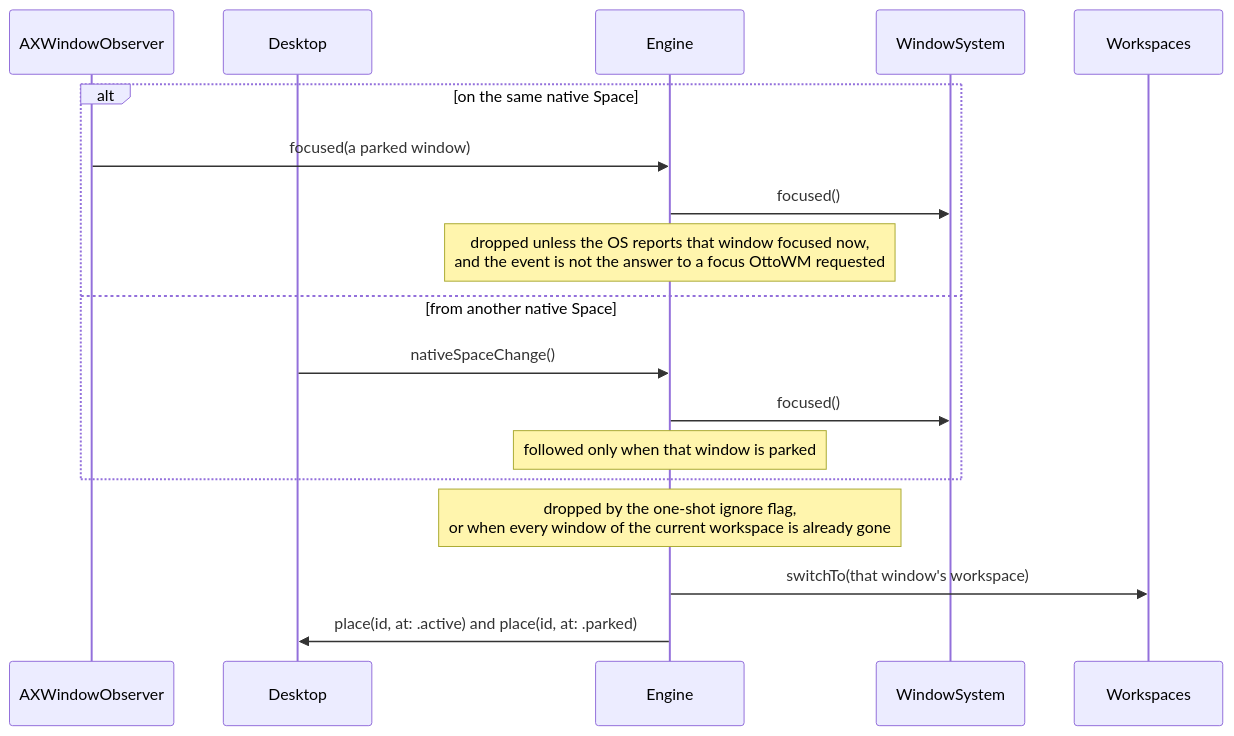
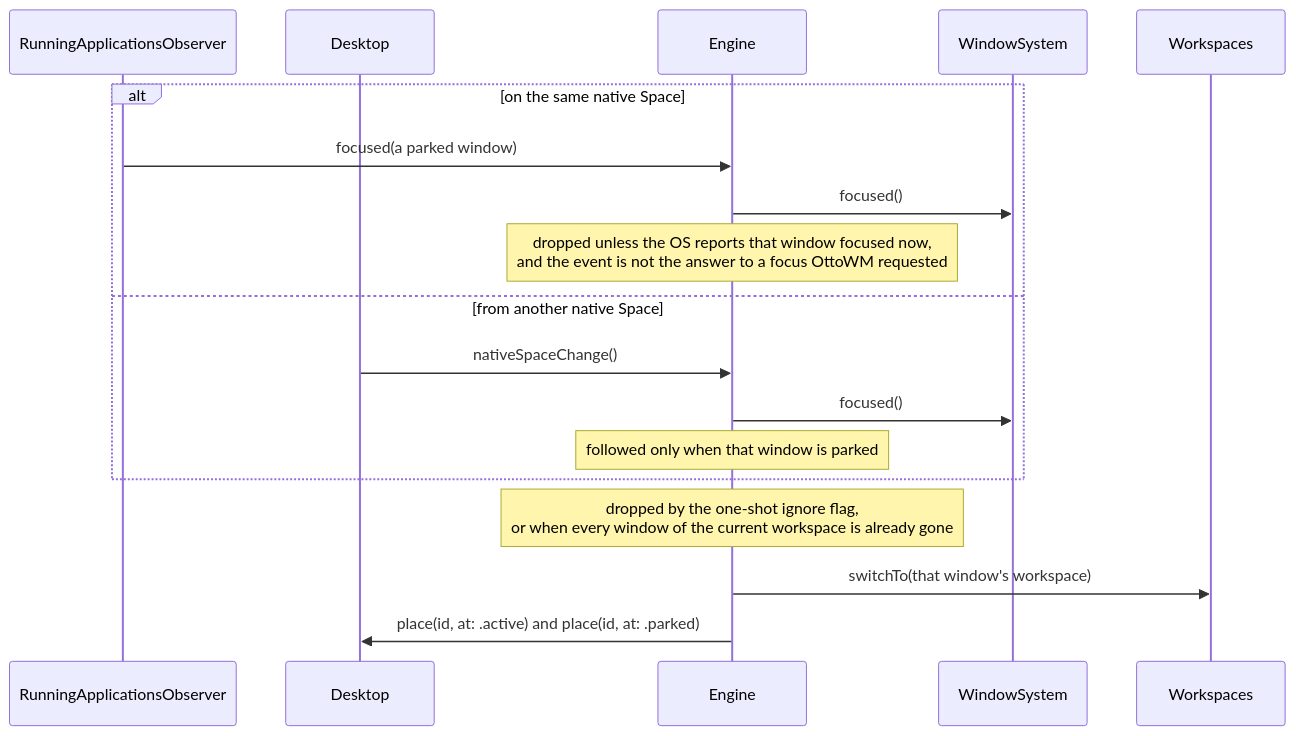
Before and after one commit to brennovich/ottowm: diagram 11 of 18 in ARCHITECTURE.md, drawn with Mermaid. The commit also changed other lines of this file and 5 other files, not shown here.

First line of the commit message:
Rename AXWindowObserver to RunningApplicationsObserver

````diff
--- a/ARCHITECTURE.md
+++ b/ARCHITECTURE.md
@@ -256,21 +256,21 @@
 ```mermaid
 sequenceDiagram
-    participant AXWindowObserver
+    participant RunningApplicationsObserver
     participant Desktop
     participant Engine
     participant WindowSystem
     participant Workspaces
 
     alt on the same native Space
-        AXWindowObserver->>Engine: focused(a parked window)
+        RunningApplicationsObserver->>Engine: focused(a parked window)
         Engine->>WindowSystem: focused()
         Note over Engine: dropped unless the OS reports that window focused now,<br/>and the event is not the answer to a focus OttoWM requested
     else from another native Space
         Desktop->>Engine: nativeSpaceChange()
         Engine->>WindowSystem: focused()
         Note over Engine: followed only when that window is parked
     end
     Note over Engine: dropped by the one-shot ignore flag,<br/>or when every window of the current workspace is already gone
     Engine->>Workspaces: switchTo(that window's workspace)
     Engine->>Desktop: place(id, at: .active) and place(id, at: .parked)
 ```
````
